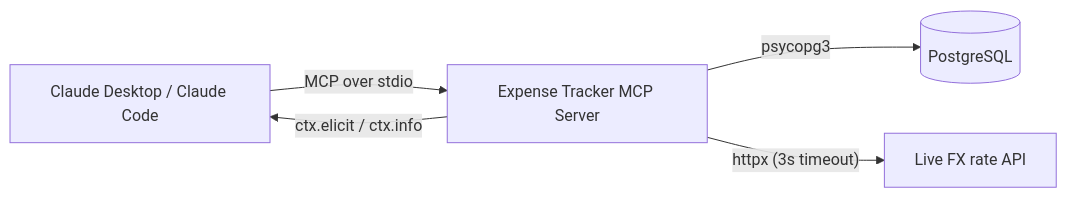
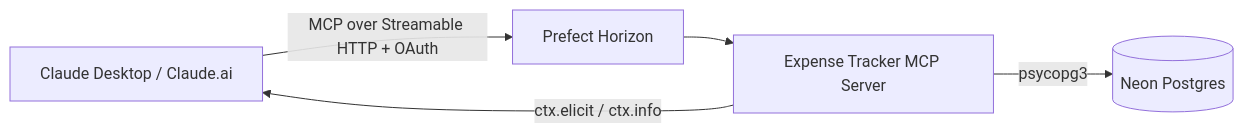
One commit to CodeWithDks/mcp changed the diagram in 02_expense_tracker/README.md. Above: the diagram before and after it, drawn with Mermaid. The commit also changed other lines of this file, not shown here.

Commit message:
Update README: live deployment info, Horizon architecture notes, single-tenant limitation

````diff
--- a/02_expense_tracker/README.md
+++ b/02_expense_tracker/README.md
@@ -77,7 +90,7 @@
 ```mermaid
 flowchart LR
-    A[Claude Desktop / Claude Code] -- MCP over stdio --> B[Expense Tracker MCP Server]
-    B -- psycopg3 --> C[(PostgreSQL)]
-    B -- httpx (3s timeout) --> D[Live FX rate API]
-    B -- ctx.elicit / ctx.info --> A
+    A[Claude Desktop / Claude.ai] -- MCP over Streamable HTTP + OAuth --> B[Prefect Horizon]
+    B --> C[Expense Tracker MCP Server]
+    C -- psycopg3 --> D[(Neon Postgres)]
+    C -- ctx.elicit / ctx.info --> A
 ```
````
